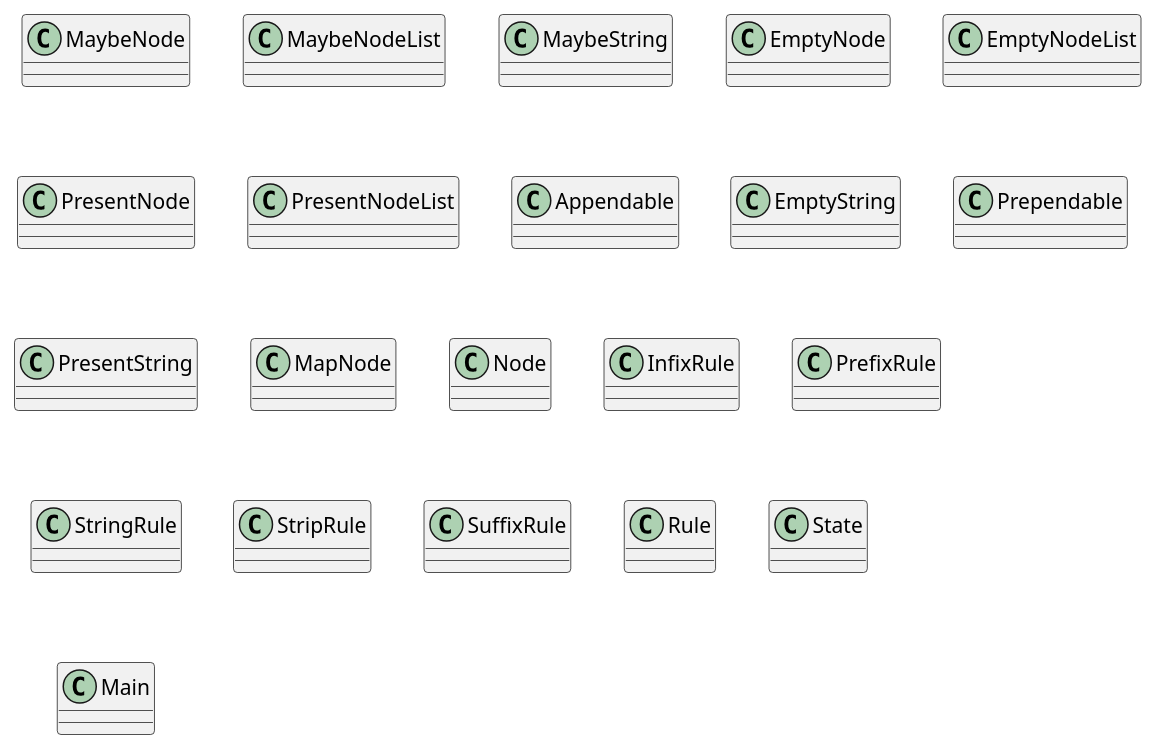
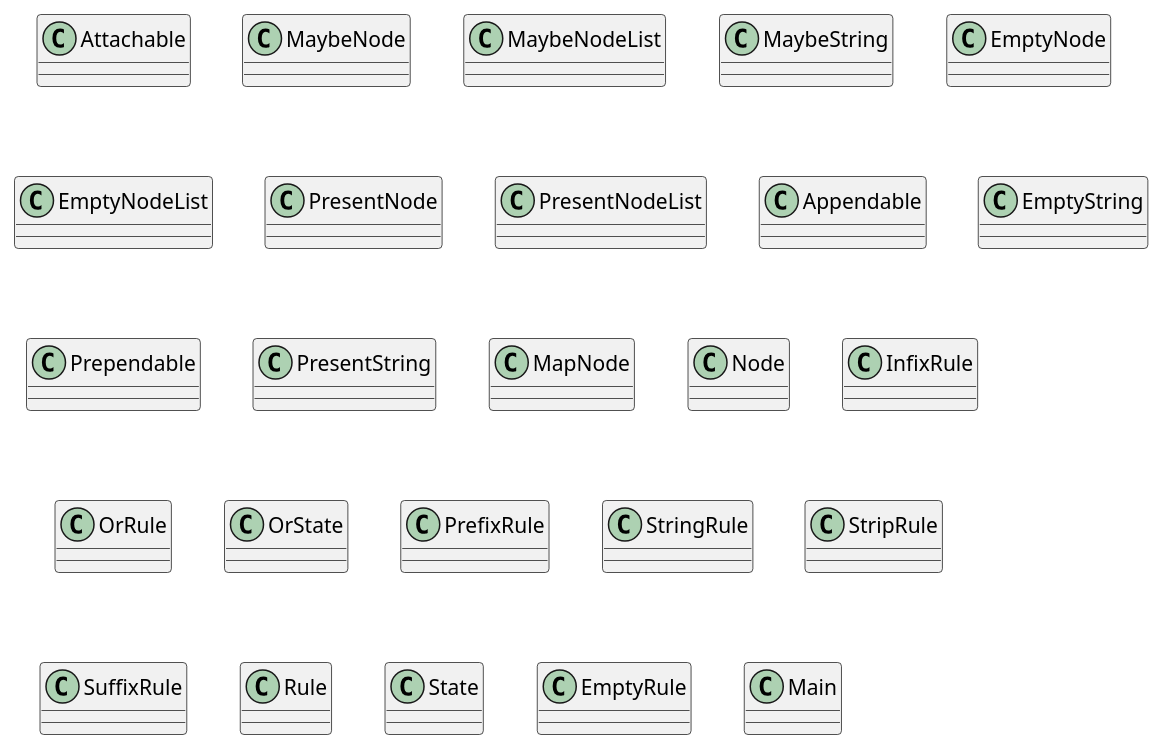
Before and after one commit to SirMathhman/Magma: the diagram in diagram.puml, drawn with PlantUML. The commit also changed 17 other files, not shown here.

```diff
--- a/diagram.puml
+++ b/diagram.puml
@@ -1,24 +1,28 @@
 @startuml
 skinparam linetype ortho
+class Attachable
 class MaybeNode
 class MaybeNodeList
 class MaybeString
 class EmptyNode
 class EmptyNodeList
 class PresentNode
 class PresentNodeList
 class Appendable
 class EmptyString
 class Prependable
 class PresentString
 class MapNode
 class Node
 class InfixRule
+class OrRule
+class OrState
 class PrefixRule
 class StringRule
 class StripRule
 class SuffixRule
 class Rule
 class State
+class EmptyRule
 class Main
 @enduml
```
